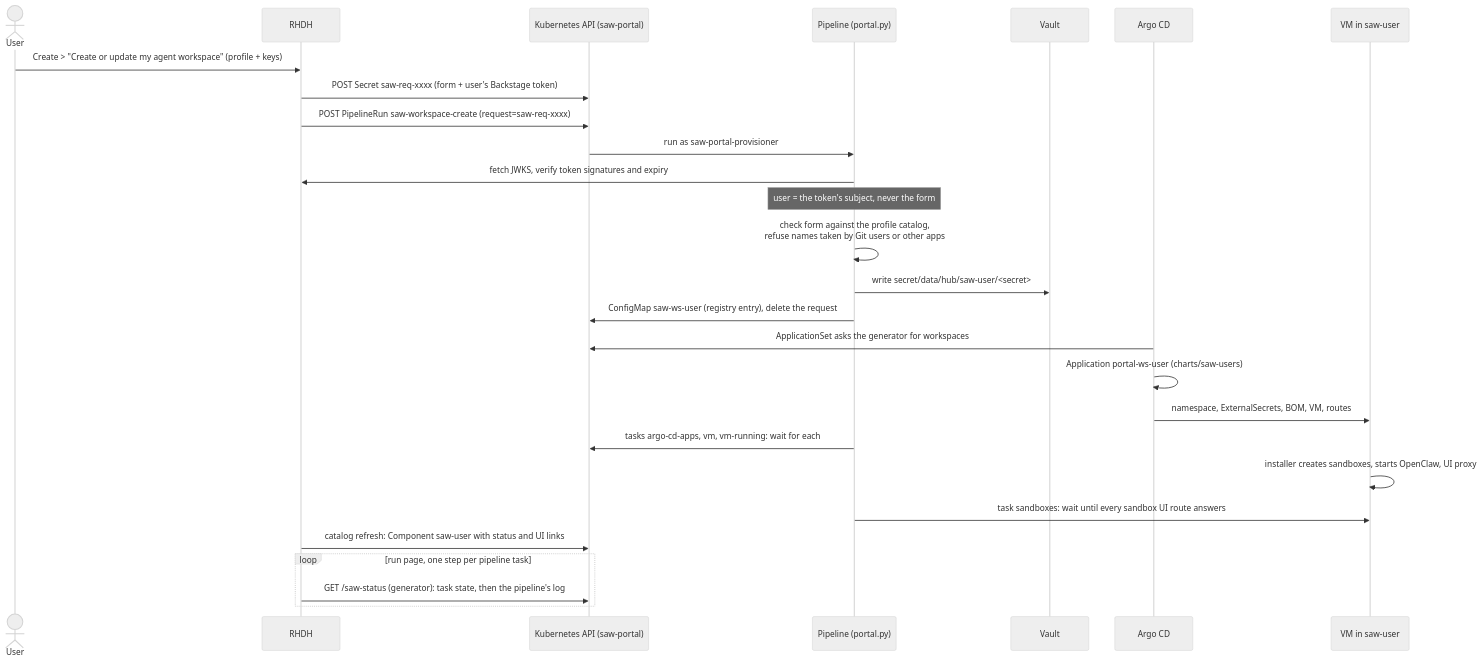
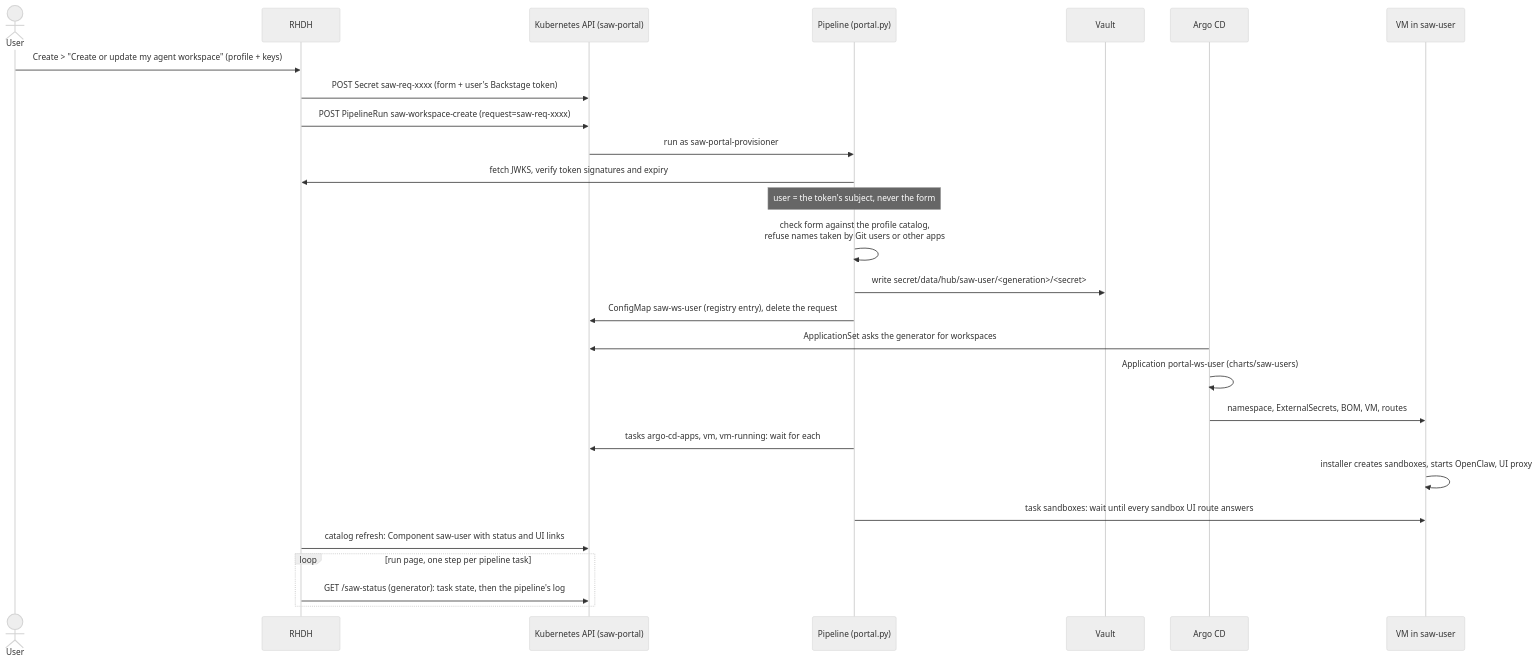
One commit to Hadar301/secure-agent-workspace changed the second of 3 diagrams in docs/rhdh-architecture.md. Above: the diagram before and after it, drawn with Mermaid (neutral theme). The commit also changed other lines of this file and 6 other files, not shown here.

````diff
--- a/docs/rhdh-architecture.md
+++ b/docs/rhdh-architecture.md
@@ -76,30 +76,30 @@
 ```mermaid
 sequenceDiagram
   actor U as User
   participant R as RHDH
   participant K as Kubernetes API (saw-portal)
   participant P as Pipeline (portal.py)
   participant V as Vault
   participant A as Argo CD
   participant VM as VM in saw-user
 
   U->>R: Create > "Create or update my agent workspace" (profile + keys)
   R->>K: POST Secret saw-req-xxxx (form + user's Backstage token)
   R->>K: POST PipelineRun saw-workspace-create (request=saw-req-xxxx)
   K->>P: run as saw-portal-provisioner
   P->>R: fetch JWKS, verify token signatures and expiry
   Note over P: user = the token's subject, never the form
   P->>P: check form against the profile catalog,<br/>refuse names taken by Git users or other apps
-  P->>V: write secret/data/hub/saw-user/<secret>
+  P->>V: write secret/data/hub/saw-user/<generation>/<secret>
   P->>K: ConfigMap saw-ws-user (registry entry), delete the request
   A->>K: ApplicationSet asks the generator for workspaces
   A->>A: Application portal-ws-user (charts/saw-users)
   A->>VM: namespace, ExternalSecrets, BOM, VM, routes
   P->>K: tasks argo-cd-apps, vm, vm-running: wait for each
   VM->>VM: installer creates sandboxes, starts OpenClaw, UI proxy
   P->>VM: task sandboxes: wait until every sandbox UI route answers
   R->>K: catalog refresh: Component saw-user with status and UI links
   loop run page, one step per pipeline task
     R->>K: GET /saw-status (generator): task state, then the pipeline's log
   end
 ```
````
